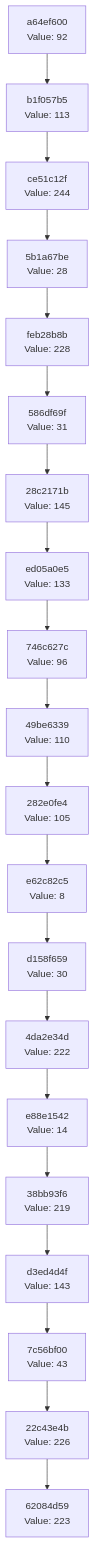
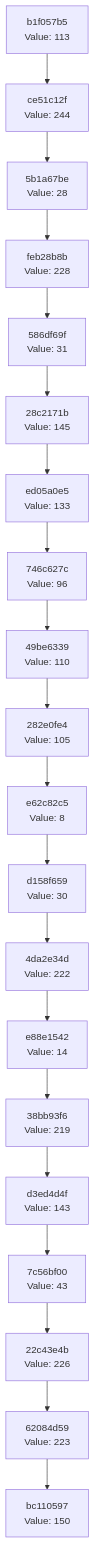
Before and after one commit to Abhisheksinha1506/hash-chain-evolver: the diagram in docs/CHAIN_VISUALIZATION.md, drawn with Mermaid. The commit also changed 3 other files, not shown here.

````diff
--- a/docs/CHAIN_VISUALIZATION.md
+++ b/docs/CHAIN_VISUALIZATION.md
@@ -3,42 +3,42 @@
 ```mermaid
 graph TD
-    C0["62084d59<br/>Value: 223"]
-    C1["22c43e4b<br/>Value: 226"]
+    C0["bc110597<br/>Value: 150"]
+    C1["62084d59<br/>Value: 223"]
     C1 --> C0
-    C2["7c56bf00<br/>Value: 43"]
+    C2["22c43e4b<br/>Value: 226"]
     C2 --> C1
-    C3["d3ed4d4f<br/>Value: 143"]
+    C3["7c56bf00<br/>Value: 43"]
     C3 --> C2
-    C4["38bb93f6<br/>Value: 219"]
+    C4["d3ed4d4f<br/>Value: 143"]
     C4 --> C3
-    C5["e88e1542<br/>Value: 14"]
+    C5["38bb93f6<br/>Value: 219"]
     C5 --> C4
-    C6["4da2e34d<br/>Value: 222"]
+    C6["e88e1542<br/>Value: 14"]
     C6 --> C5
-    C7["d158f659<br/>Value: 30"]
+    C7["4da2e34d<br/>Value: 222"]
     C7 --> C6
-    C8["e62c82c5<br/>Value: 8"]
+    C8["d158f659<br/>Value: 30"]
     C8 --> C7
-    C9["282e0fe4<br/>Value: 105"]
+    C9["e62c82c5<br/>Value: 8"]
     C9 --> C8
-    C10["49be6339<br/>Value: 110"]
+    C10["282e0fe4<br/>Value: 105"]
     C10 --> C9
-    C11["746c627c<br/>Value: 96"]
+    C11["49be6339<br/>Value: 110"]
     C11 --> C10
-    C12["ed05a0e5<br/>Value: 133"]
+    C12["746c627c<br/>Value: 96"]
     C12 --> C11
-    C13["28c2171b<br/>Value: 145"]
+    C13["ed05a0e5<br/>Value: 133"]
     C13 --> C12
-    C14["586df69f<br/>Value: 31"]
+    C14["28c2171b<br/>Value: 145"]
     C14 --> C13
-    C15["feb28b8b<br/>Value: 228"]
+    C15["586df69f<br/>Value: 31"]
     C15 --> C14
-    C16["5b1a67be<br/>Value: 28"]
+    C16["feb28b8b<br/>Value: 228"]
     C16 --> C15
-    C17["ce51c12f<br/>Value: 244"]
+    C17["5b1a67be<br/>Value: 28"]
     C17 --> C16
-    C18["b1f057b5<br/>Value: 113"]
+    C18["ce51c12f<br/>Value: 244"]
     C18 --> C17
-    C19["a64ef600<br/>Value: 92"]
+    C19["b1f057b5<br/>Value: 113"]
     C19 --> C18
 ```
````
